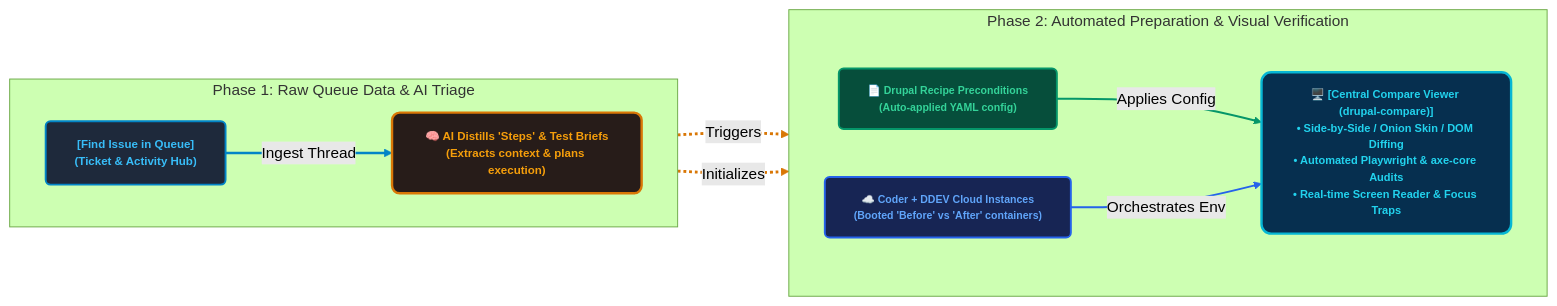
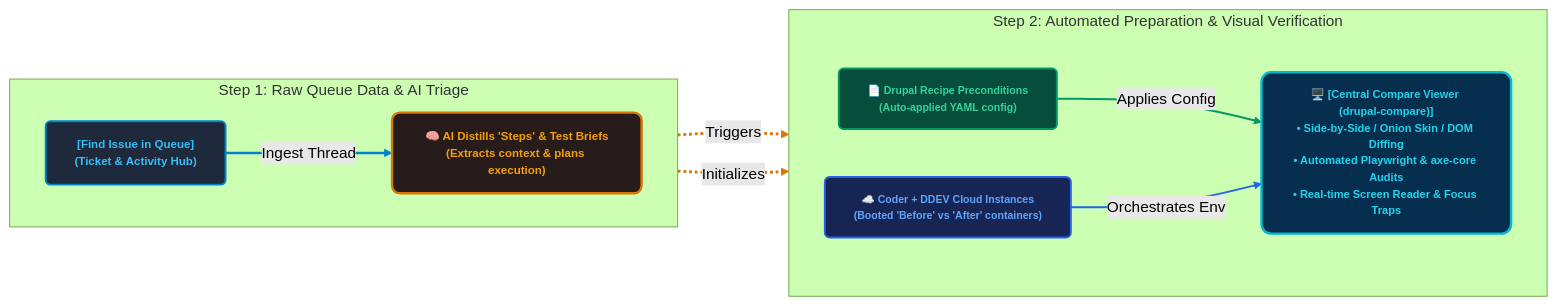
Before and after one commit to mgifford/mermaid-graphs: the second of 2 diagrams in Drupal-issue-queue.md, drawn with Mermaid (forest theme).

````diff
--- a/Drupal-issue-queue.md
+++ b/Drupal-issue-queue.md
@@ -51,41 +51,41 @@
 ```mermaid
 flowchart LR
     %% Define Global Styles
     classDef originBox fill:#1e293b,stroke:#0284c7,stroke-width:2px,color:#38bdf8,font-size:12px,font-weight:bold,rx:5px,ry:5px;
     classDef aiBox fill:#271c19,stroke:#d97706,stroke-width:2.5px,color:#f59e0b,font-size:12px,font-weight:bold,rx:8px,ry:8px;
     classDef recipeBox fill:#064e3b,stroke:#059669,stroke-width:2px,color:#34d399,font-size:11px,font-weight:bold,rx:5px,ry:5px;
     classDef envBox fill:#172554,stroke:#2563eb,stroke-width:2px,color:#60a5fa,font-size:11px,font-weight:bold,rx:5px,ry:5px;
     classDef targetBox fill:#062f4f,stroke:#06b6d4,stroke-width:2.5px,color:#22d3ee,font-size:11.5px,font-weight:bold,rx:10px,ry:10px;
 
     %% Row 1 (Input & AI): Wide Row
-    subgraph Row1 [Phase 1: Raw Queue Data & AI Triage]
+    subgraph Row1 [Step 1: Raw Queue Data & AI Triage]
         direction LR
         QueueNode["[Find Issue in Queue]<br/>(Ticket & Activity Hub)"]:::originBox
         AINode["🧠 AI Distills 'Steps' & Test Briefs<br/>(Extracts context & plans execution)"]:::aiBox
 
         QueueNode -->|Ingest Thread| AINode
     end
 
     %% Transition down
     AINode ==>|Triggers| RecipeNode
     AINode ==>|Initializes| ContainerNode
 
     %% Row 2 (Preparation & Verification): Horizontal, wider layout
-    subgraph Row2 [Phase 2: Automated Preparation & Visual Verification]
+    subgraph Row2 [Step 2: Automated Preparation & Visual Verification]
         direction LR
         RecipeNode["📄 Drupal Recipe Preconditions<br/>(Auto-applied YAML config)"]:::recipeBox
         ContainerNode["☁️ Coder + DDEV Cloud Instances<br/>(Booted 'Before' vs 'After' containers)"]:::envBox
         ViewerNode["🖥️ [Central Compare Viewer (drupal-compare)]<br/>• Side-by-Side / Onion Skin / DOM Diffing<br/>• Automated Playwright & axe-core Audits<br/>• Real-time Screen Reader & Focus Traps"]:::targetBox
 
         %% Ensure parallel horizontal paths pointing to the target on the right
         RecipeNode -->|Applies Config| ViewerNode
         ContainerNode -->|Orchestrates Env| ViewerNode
     end
 
     %% Connection styles
     linkStyle 0 stroke:#0284c7,stroke-width:2.5px;
     linkStyle 1 stroke:#d97706,stroke-width:3px,stroke-dasharray:3 3;
     linkStyle 2 stroke:#d97706,stroke-width:3px,stroke-dasharray:3 3;
     linkStyle 3 stroke:#059669,stroke-width:2px;
     linkStyle 4 stroke:#2563eb,stroke-width:2px;
 ```
````
